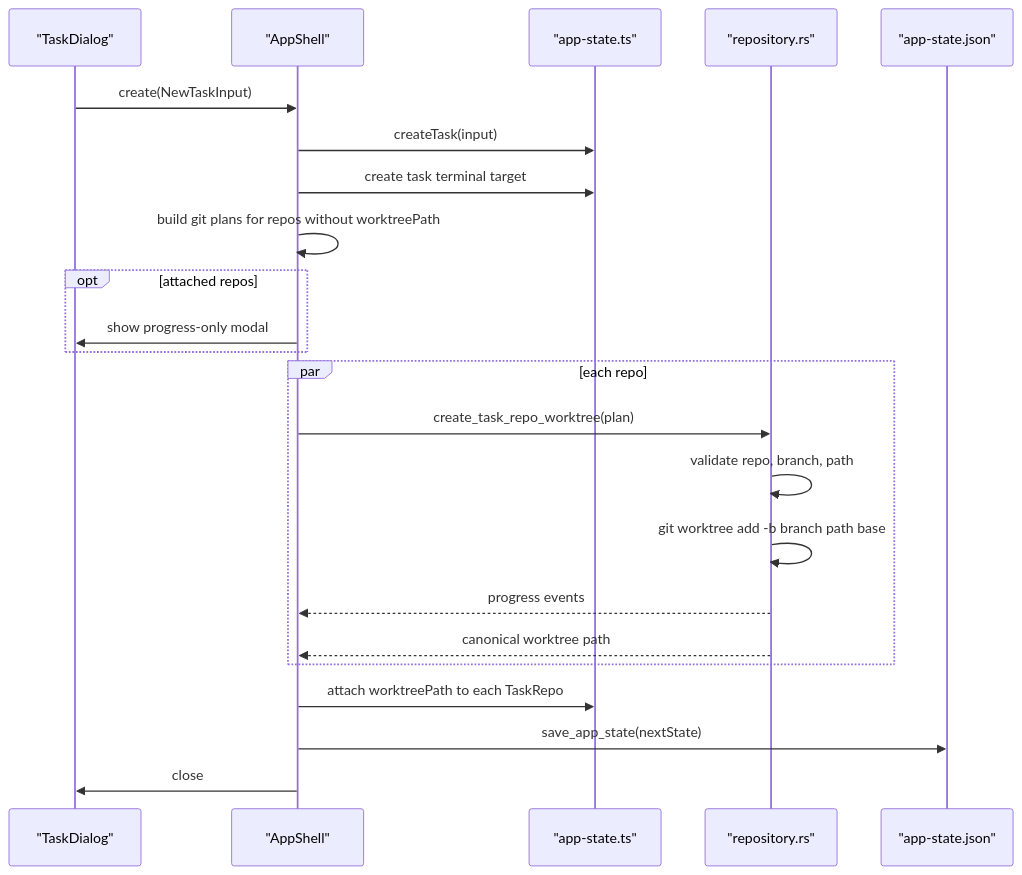
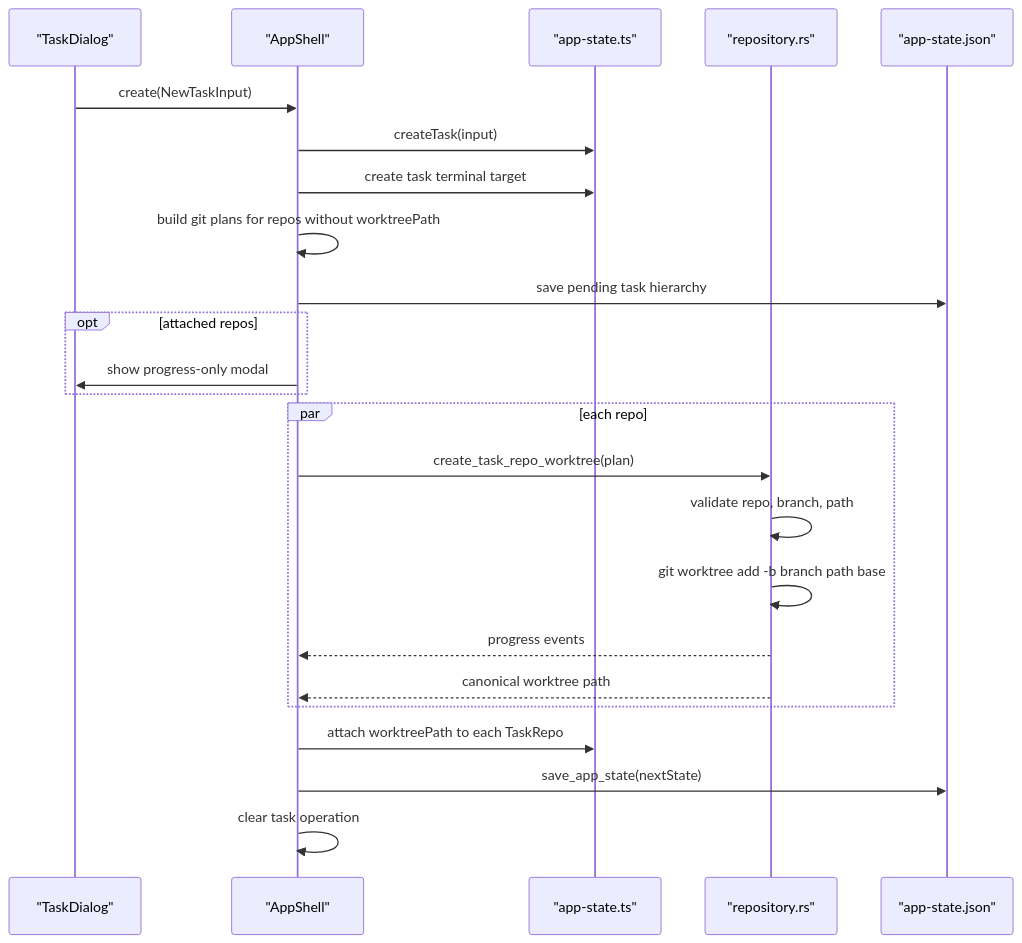
Before and after one commit to gh0stonio/pinata: the ninth of 12 diagrams in docs/architecture.md, drawn with Mermaid. The commit also changed other lines of this file and 10 other files, not shown here.

````diff
--- a/docs/architecture.md
+++ b/docs/architecture.md
@@ -604,26 +604,27 @@
 ```mermaid
 sequenceDiagram
     participant dialog as "TaskDialog"
     participant shell as "AppShell"
     participant state as "app-state.ts"
     participant rust as "repository.rs"
     participant file as "app-state.json"
 
     dialog->>shell: create(NewTaskInput)
     shell->>state: createTask(input)
     shell->>state: create task terminal target
     shell->>shell: build git plans for repos without worktreePath
+    shell->>file: save pending task hierarchy
     opt attached repos
         shell->>dialog: show progress-only modal
     end
     par each repo
         shell->>rust: create_task_repo_worktree(plan)
         rust->>rust: validate repo, branch, path
         rust->>rust: git worktree add -b branch path base
         rust-->>shell: progress events
         rust-->>shell: canonical worktree path
     end
     shell->>state: attach worktreePath to each TaskRepo
     shell->>file: save_app_state(nextState)
-    shell->>dialog: close
+    shell->>shell: clear task operation
 ```
````
